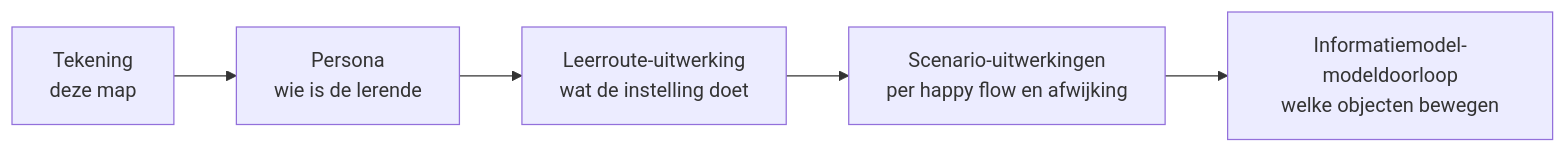
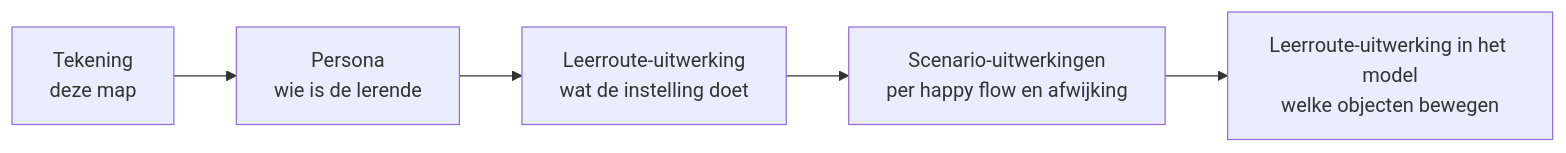
Before and after one commit to Npuls-OKx/meta: the diagram in architecture/docs/specificatie/leerroute-uitwerking/img/README.md, drawn with Mermaid. The commit also changed other lines of this file and 46 other files, not shown here.

First line of the commit message:
Leerroute-uitwerking, naam: modeldoorloop hernoemd met de kaderstelling ernaast

````diff
--- a/architecture/docs/specificatie/leerroute-uitwerking/img/README.md
+++ b/architecture/docs/specificatie/leerroute-uitwerking/img/README.md
@@ -25,7 +25,7 @@
 ```mermaid
 flowchart LR
   T["Tekening<br/>deze map"] --> P["Persona<br/>wie is de lerende"]
   P --> U["Leerroute-uitwerking<br/>wat de instelling doet"]
   U --> S["Scenario-uitwerkingen<br/>per happy flow en afwijking"]
-  S --> V["Informatiemodel-modeldoorloop<br/>welke objecten bewegen"]
+  S --> V["Leerroute-uitwerking in het model<br/>welke objecten bewegen"]
 ```
````
